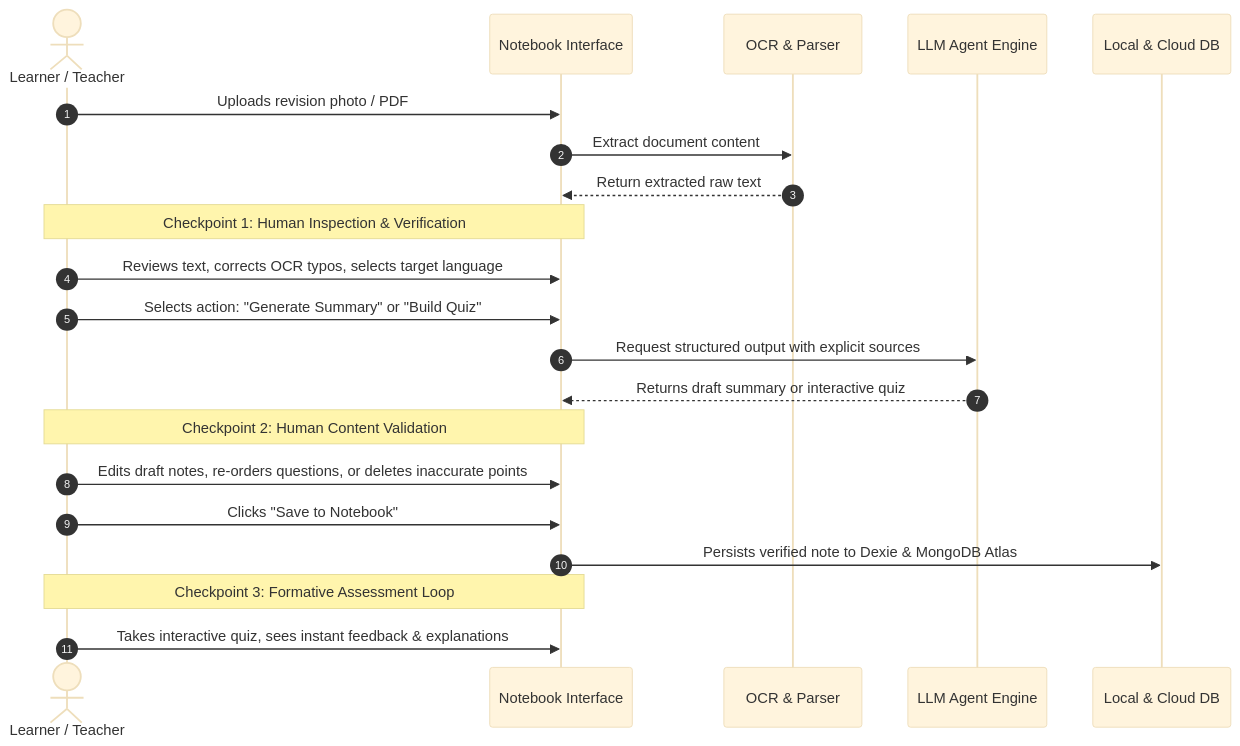
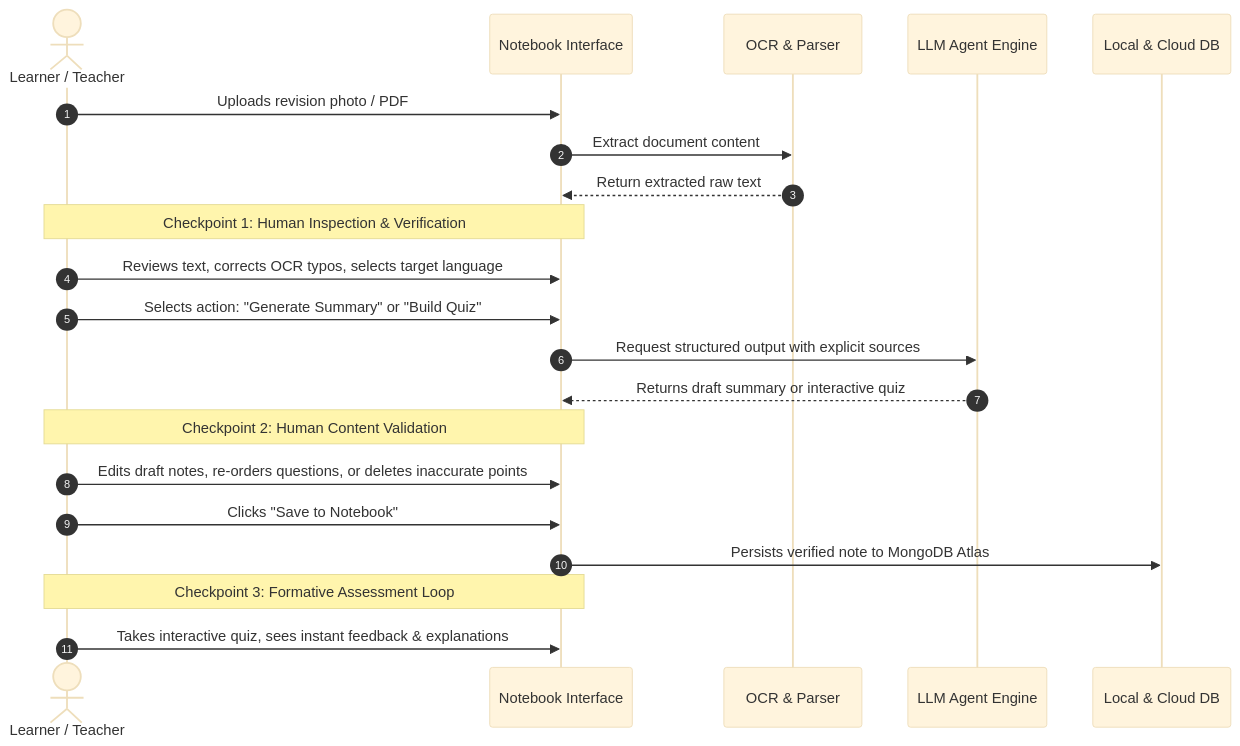
The third of 3 diagrams in README.md (marthanp/sautika), drawn with Mermaid (base theme) before and after one commit. The commit also changed other lines of this file and 76 other files, not shown here.

````diff
--- a/README.md
+++ b/README.md
@@ -287,24 +284,24 @@
 ```mermaid
 sequenceDiagram
     autonumber
     actor Learner as Learner / Teacher
     participant UI as Notebook Interface
     participant OCR as OCR & Parser
     participant Agent as LLM Agent Engine
     participant DB as Local & Cloud DB
 
     Learner->>UI: Uploads revision photo / PDF
     UI->>OCR: Extract document content
     OCR-->>UI: Return extracted raw text
     Note over Learner,UI: Checkpoint 1: Human Inspection & Verification
     Learner->>UI: Reviews text, corrects OCR typos, selects target language
     Learner->>UI: Selects action: "Generate Summary" or "Build Quiz"
     UI->>Agent: Request structured output with explicit sources
     Agent-->>UI: Returns draft summary or interactive quiz
     Note over Learner,UI: Checkpoint 2: Human Content Validation
     Learner->>UI: Edits draft notes, re-orders questions, or deletes inaccurate points
     Learner->>UI: Clicks "Save to Notebook"
-    UI->>DB: Persists verified note to Dexie & MongoDB Atlas
+    UI->>DB: Persists verified note to MongoDB Atlas
     Note over Learner,UI: Checkpoint 3: Formative Assessment Loop
     Learner->>UI: Takes interactive quiz, sees instant feedback & explanations
 ```
````
